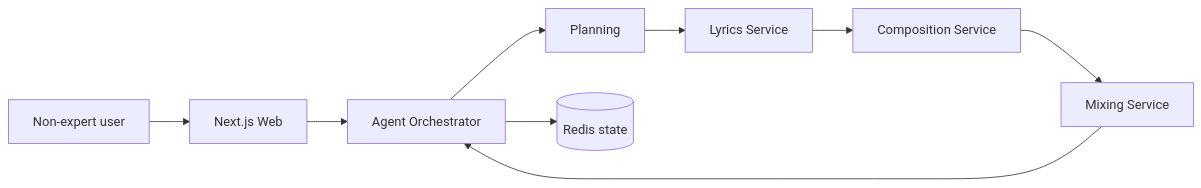
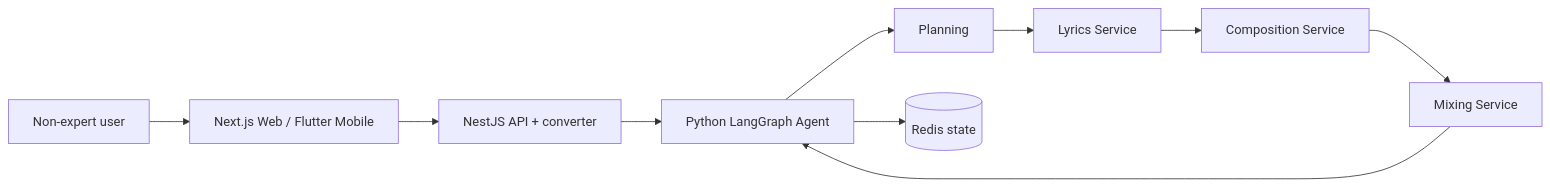
The diagram in README.md (NguyenChanHung1/Aria), drawn with Mermaid before and after one commit. The commit also changed other lines of this file and 201 other files, not shown here.

````diff
--- a/README.md
+++ b/README.md
@@ -22,11 +24,12 @@
 ```mermaid
 flowchart LR
-    User[Non-expert user] --> Web[Next.js Web]
-    Web --> Agent[Agent Orchestrator]
+    User[Non-expert user] --> Web[Next.js Web / Flutter Mobile]
+    Web --> API[NestJS API + converter]
+    API --> Agent[Python LangGraph Agent]
     Agent --> Plan[Planning]
     Plan --> Lyrics[Lyrics Service]
     Lyrics --> Compose[Composition Service]
     Compose --> Mix[Mixing Service]
     Mix --> Agent
     Agent --> Redis[(Redis state)]
 ```
````
